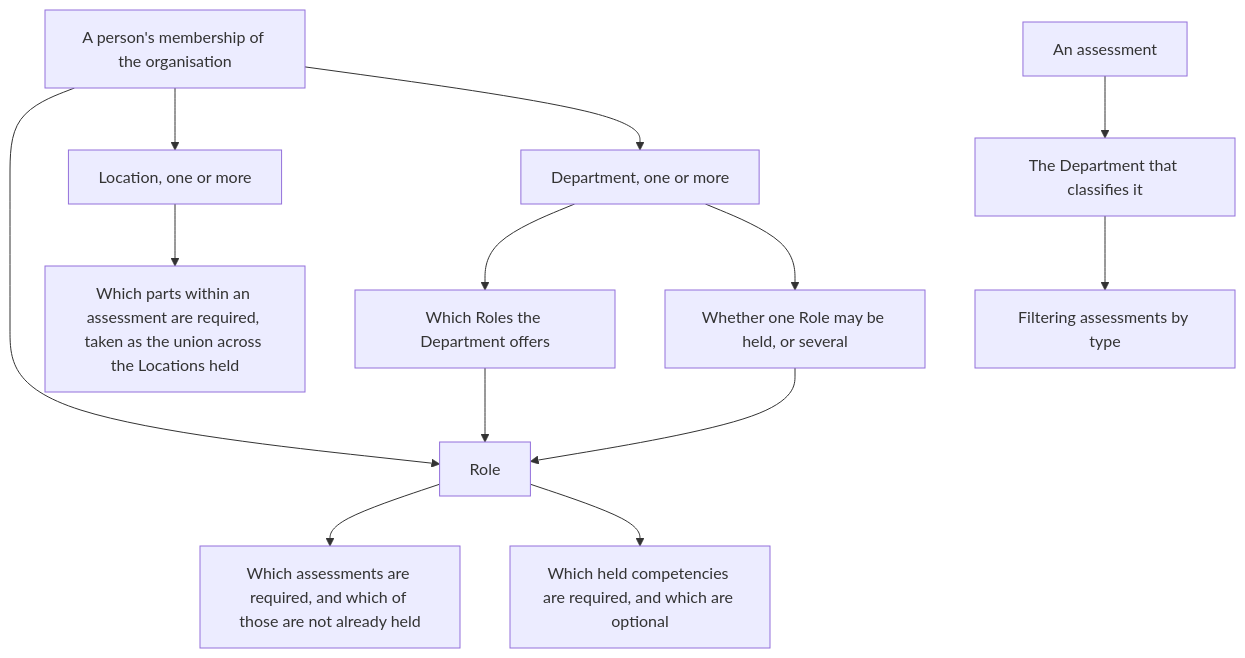
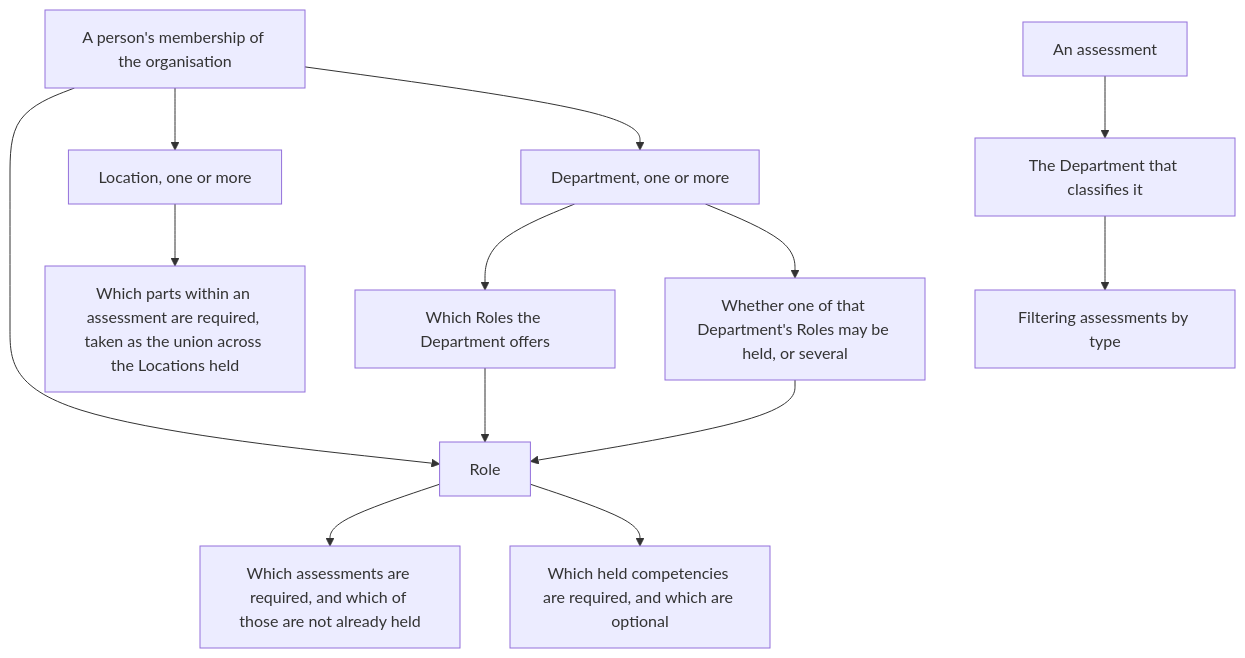
One commit to AWyborn2/SPROUTFormsAi changed the first of 2 diagrams in docs/plans/2026-08-04-002-feat-organisation-settings-plan.md. Above: the diagram before and after it, drawn with Mermaid. The commit also changed other lines of this file and 1 other file, not shown here.

````diff
--- a/docs/plans/2026-08-04-002-feat-organisation-settings-plan.md
+++ b/docs/plans/2026-08-04-002-feat-organisation-settings-plan.md
@@ -512,27 +571,27 @@
 ```mermaid
 flowchart TB
   PERSON["A person's membership of the organisation"]
   ROLE["Role"]
   LOC["Location, one or more"]
   DEPT["Department, one or more"]
   OFFER["Which Roles the Department offers"]
-  MULTI["Whether one Role may be held, or several"]
+  MULTI["Whether one of that Department's Roles may be held, or several"]
   ASSIGN["Which assessments are required, and which of those are not already held"]
   STAND["Which held competencies are required, and which are optional"]
   PARTS["Which parts within an assessment are required, taken as the union across the Locations held"]
   TOOL["An assessment"]
   CLASS["The Department that classifies it"]
   FILTER["Filtering assessments by type"]
   PERSON --> ROLE
   PERSON --> LOC
   PERSON --> DEPT
   ROLE --> ASSIGN
   ROLE --> STAND
   LOC --> PARTS
   DEPT --> OFFER
   DEPT --> MULTI
   OFFER --> ROLE
   MULTI --> ROLE
   TOOL --> CLASS
   CLASS --> FILTER
 ```
````
